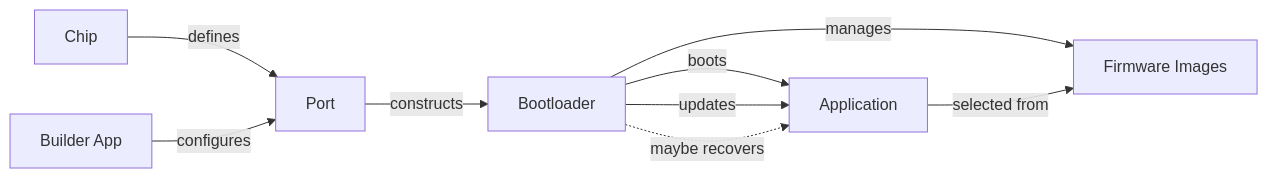
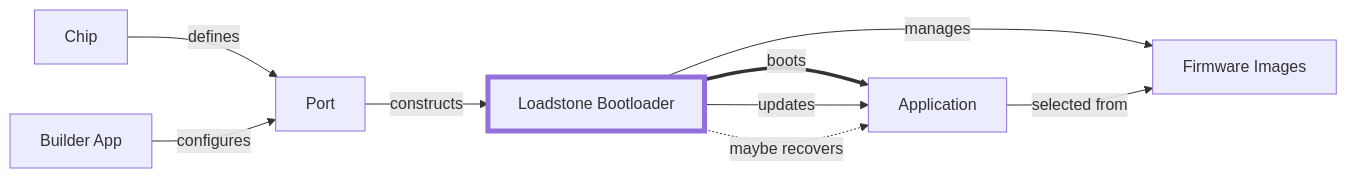
The first of 4 diagrams in documentation/design.md (absw/loadstone), drawn with Mermaid before and after one commit. The commit also changed other lines of this file, not shown here.

````diff
--- a/documentation/design.md
+++ b/documentation/design.md
@@ -9,14 +9,15 @@
 ```mermaid
 graph LR
    Chip--defines-->Port
    App[Builder App]--configures-->Port
 
-   Port--constructs-->Bootloader
+   Port--constructs-->Bootloader[Loadstone Bootloader]
+   style Bootloader stroke-width:5px
 
-   Bootloader--boots-->Application
+   Bootloader==boots==>Application
    Bootloader--updates-->Application
    Bootloader-.maybe recovers.->Application
    Bootloader--manages-->Images
 
    Application--selected from-->Images[Firmware Images]
 ```
````
